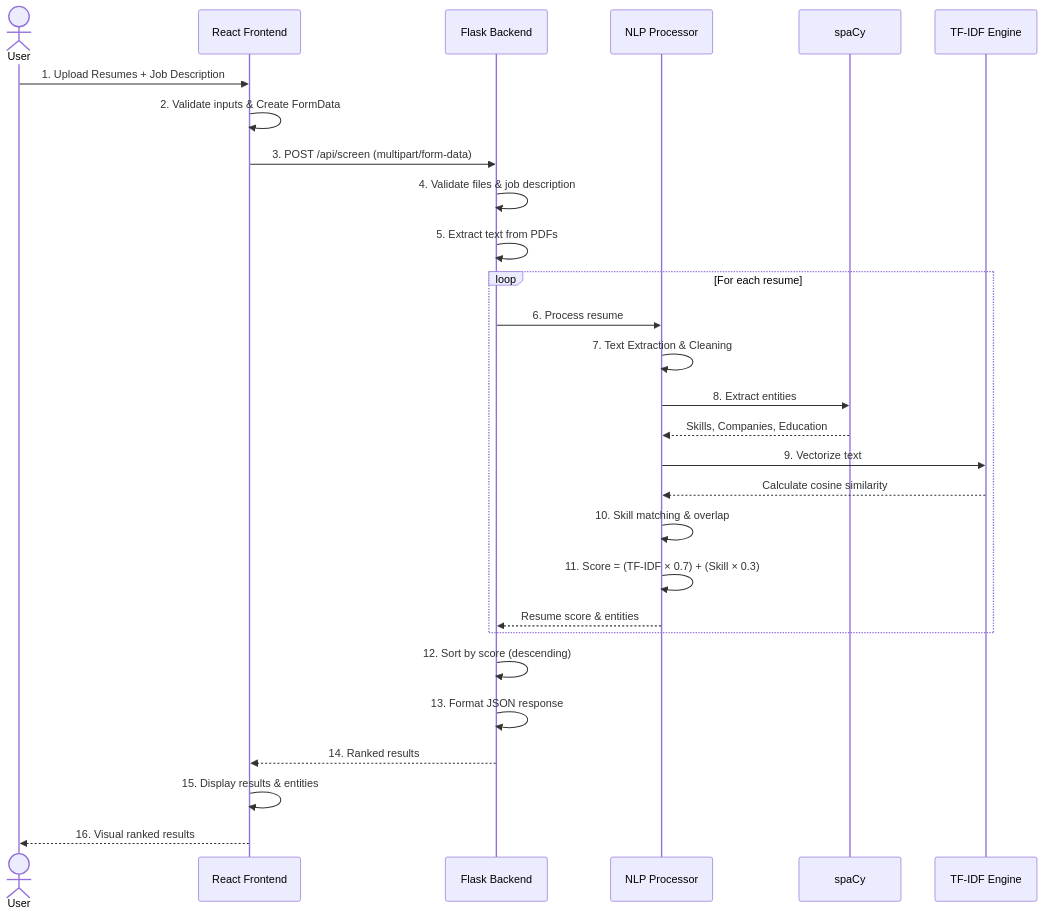
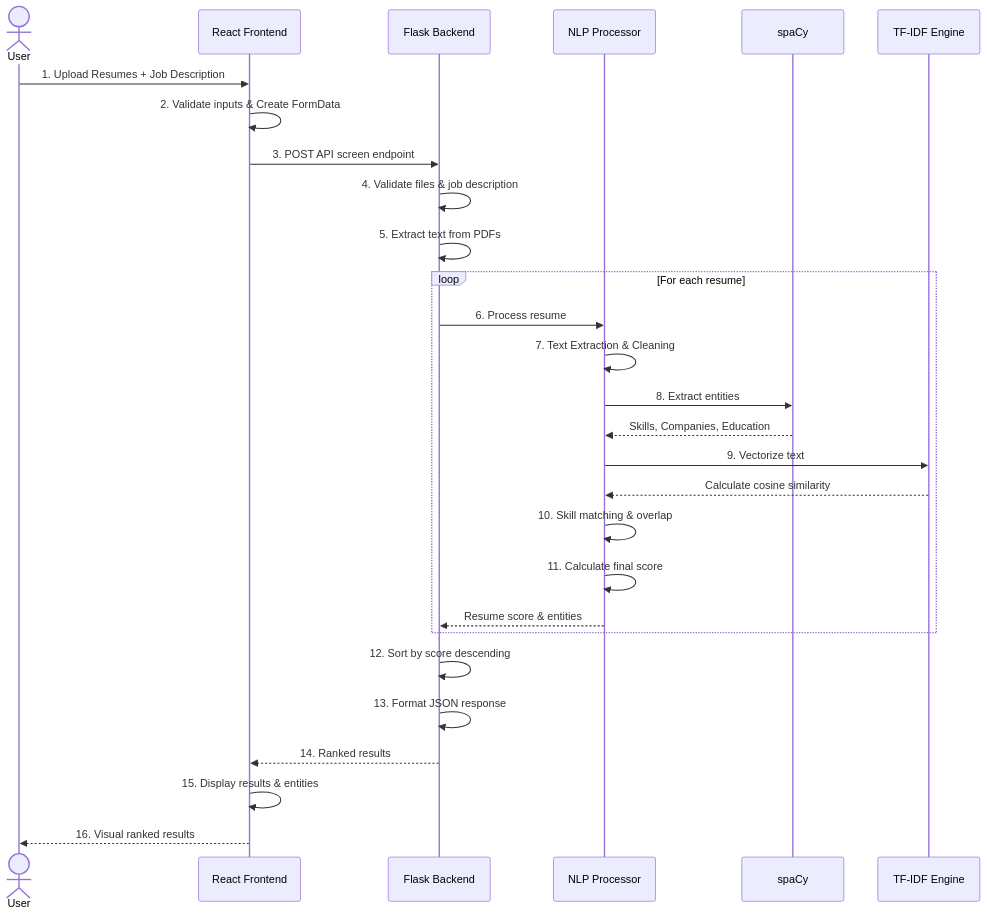
The second of 3 diagrams in README.md (rohithuppala-code/Resume_Screening_System), drawn with Mermaid before and after one commit. The commit also changed other lines of this file, not shown here.

````diff
--- a/README.md
+++ b/README.md
@@ -74,34 +74,34 @@
 ```mermaid
 sequenceDiagram
     actor User
     participant Frontend as React Frontend
     participant Backend as Flask Backend
     participant NLP as NLP Processor
     participant spaCy
     participant TFIDF as TF-IDF Engine
     
     User->>Frontend: 1. Upload Resumes + Job Description
     Frontend->>Frontend: 2. Validate inputs & Create FormData
-    Frontend->>Backend: 3. POST /api/screen (multipart/form-data)
+    Frontend->>Backend: 3. POST API screen endpoint
     
     Backend->>Backend: 4. Validate files & job description
     Backend->>Backend: 5. Extract text from PDFs
     
     loop For each resume
         Backend->>NLP: 6. Process resume
         NLP->>NLP: 7. Text Extraction & Cleaning
         NLP->>spaCy: 8. Extract entities
         spaCy-->>NLP: Skills, Companies, Education
         NLP->>TFIDF: 9. Vectorize text
         TFIDF-->>NLP: Calculate cosine similarity
         NLP->>NLP: 10. Skill matching & overlap
-        NLP->>NLP: 11. Score = (TF-IDF × 0.7) + (Skill × 0.3)
+        NLP->>NLP: 11. Calculate final score
         NLP-->>Backend: Resume score & entities
     end
     
-    Backend->>Backend: 12. Sort by score (descending)
+    Backend->>Backend: 12. Sort by score descending
     Backend->>Backend: 13. Format JSON response
     Backend-->>Frontend: 14. Ranked results
     Frontend->>Frontend: 15. Display results & entities
     Frontend-->>User: 16. Visual ranked results
 ```
````
